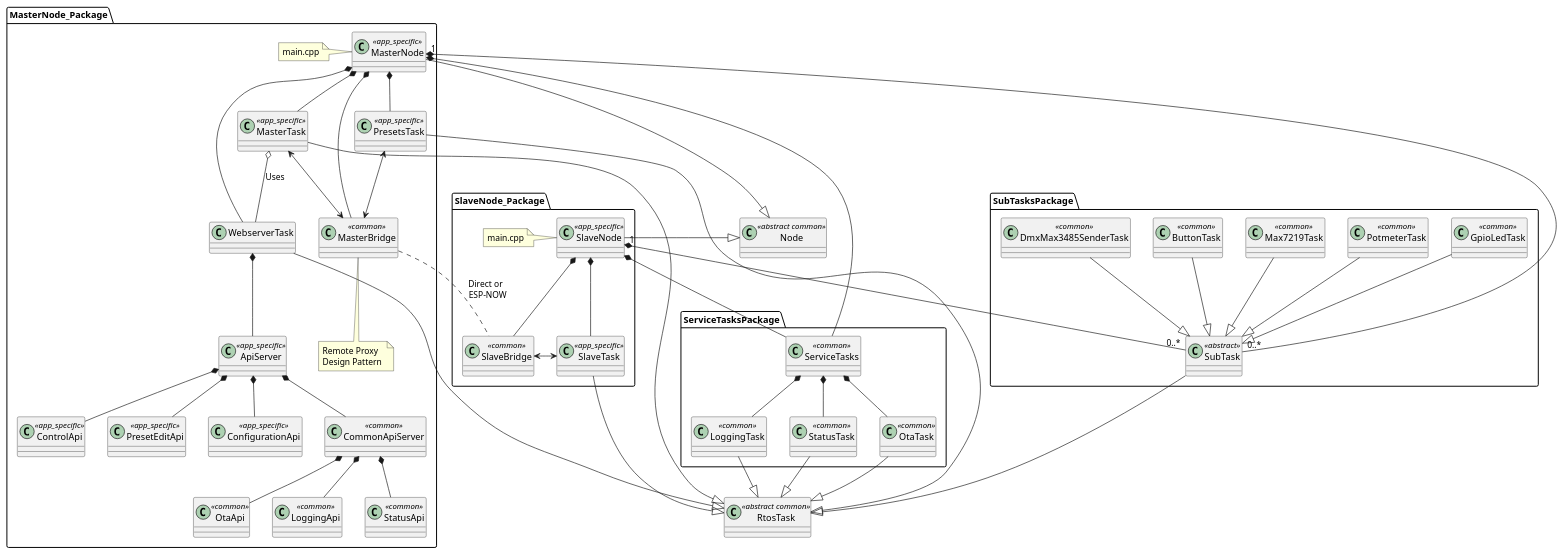
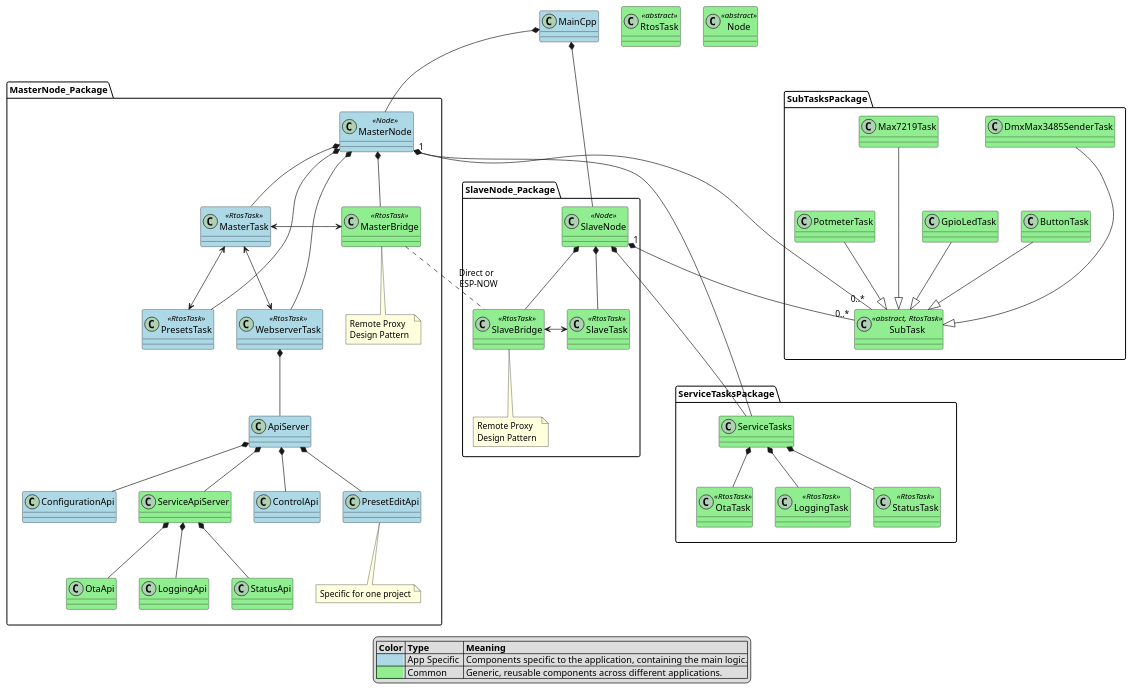
Before and after one commit to michelkeijzers/Esp32Framework2: the first of 2 diagrams in docs/design/overview.puml, drawn with PlantUML. The commit also changed 13 other files, not shown here.

Commit message:
Rtos tasks/dependency injuection

```diff
--- a/docs/design/overview.puml
+++ b/docs/design/overview.puml
@@ -1,125 +1,129 @@
 @startuml 
 
-class Node<<abstract common>> {}
-class RtosTask<<abstract common>> {}
+legend
+|= Color |= Type |= Meaning |
+|<back:lightblue>           | App Specific | Components specific to the application, containing the main logic.|
+|<back:lightgreen>           | Common       | Generic, reusable components across different applications.|
+endlegend
+
+class MainCpp #lightblue {}
+class RtosTask<<abstract>> #lightgreen {}
+class Node<<abstract>> #lightgreen {}
 
 'Master Node 
 package MasterNode_Package 
 {
-    class MasterNode <<app_specific>> {}
-    note left of MasterNode
-        main.cpp
-    end note
-
-    MasterNode -|> Node
-
-    class MasterBridge <<common>> {}
+    class MasterNode <<Node>> #lightblue {}
+    
+    class MasterBridge <<RtosTask>> #lightgreen {}
     MasterNode *-- MasterBridge
 
     note bottom of MasterBridge
         Remote Proxy
         Design Pattern 
     end note
 
-    class MasterTask <<app_specific>>{}
-    MasterTask --|> RtosTask
+    class MasterTask <<RtosTask>> #lightblue {}
 
     MasterNode *-- MasterTask
 
-    WebserverTask --|> RtosTask 
     MasterNode *-- WebserverTask
 
-    MasterTask o-- WebserverTask : Uses
+    class WebserverTask <<RtosTask>> #lightblue {}
+    MasterTask <--> WebserverTask
 
-    class PresetsTask <<app_specific>> {}
-    PresetsTask --|> RtosTask
+    class PresetsTask <<RtosTask>> #lightblue {}
     MasterNode *-- PresetsTask
-    PresetsTask <--> MasterBridge  
-
-    class ApiServer <<app_specific>> {}
+    MasterTask <--> PresetsTask
+    
+    class ApiServer #lightblue {}
     WebserverTask *-- ApiServer
 
-    class ControlApi <<app_specific>> {}
+    class ControlApi #lightblue {}
     ApiServer *-- ControlApi
-    class PresetEditApi <<app_specific>> {}
+    class PresetEditApi #lightblue {}
+    note bottom of PresetEditApi
+        Specific for one project
+    end note
     ApiServer *-- PresetEditApi
-    class ConfigurationApi <<app_specific>> {}
+    class ConfigurationApi #lightblue {}
     ApiServer *-- ConfigurationApi
 
-    class CommonApiServer <<common>> {}
-    ApiServer *-- CommonApiServer
-    class StatusApi <<common>> {}
-    CommonApiServer *-- StatusApi
-    class OtaApi <<common>> {}
-    CommonApiServer *-- OtaApi
-    class LoggingApi <<common>> {}
-    CommonApiServer *-- LoggingApi
-
+    class ServiceApiServer #lightgreen {}
+    ApiServer *-- ServiceApiServer
+    class StatusApi #lightgreen {}
+    ServiceApiServer *-- StatusApi
+    class OtaApi #lightgreen {}
+    ServiceApiServer *-- OtaApi
+    class LoggingApi #lightgreen {}
+    ServiceApiServer *-- LoggingApi
 }
 
+MainCpp *-- MasterNode
 
 'Slave Node
 package SlaveNode_Package
 {
-    class SlaveNode <<app_specific>> {}
-    note left of SlaveNode
-        main.cpp
+    class SlaveBridge <<RtosTask>> #lightgreen {}
+    note bottom of SlaveBridge
+        Remote Proxy
+        Design Pattern 
     end note
 
-    SlaveNode -|> Node
-    class SlaveBridge <<common>> {}
+    class SlaveNode <<Node>> #lightgreen {}
+
     SlaveNode *-- SlaveBridge
 
     ' Slave Task
-    class SlaveTask <<app_specific>>{}
-    SlaveTask --|> RtosTask
+    class SlaveTask <<RtosTask>> #lightgreen {}
     SlaveNode *-- SlaveTask
 }
+
+MainCpp *-- SlaveNode
 
 MasterBridge .. SlaveBridge : Direct or \n ESP-NOW
 
 package ServiceTasksPackage 
 {
-    class ServiceTasks <<common>> {}
+    class ServiceTasks #lightgreen {}
     
-    class LoggingTask <<common>> {}
-    LoggingTask --|> RtosTask
-    class StatusTask <<common>> {}
-    StatusTask --|> RtosTask
-    class OtaTask <<common>> {}
-    OtaTask --|> RtosTask
+    class LoggingTask <<RtosTask>> #lightgreen {}
+    class StatusTask <<RtosTask>> #lightgreen {}
+    class OtaTask <<RtosTask>> #lightgreen {}
 
     ServiceTasks *-- LoggingTask
     ServiceTasks *-- StatusTask
     ServiceTasks *-- OtaTask
 }
 
 
 package SubTasksPackage
 {
-    class SubTask<<abstract>> {}
+    class SubTask<<abstract, RtosTask>> #lightgreen {}
 
-    SubTask --|> RtosTask
-    class ButtonTask <<common>> {}
-    class GpioLedTask <<common>> {}
-    class Max7219Task <<common>> {}
-    class PotmeterTask <<common>> {}
-    class DmxMax3485SenderTask <<common>> {}
+    class ButtonTask #lightgreen {}
+    class GpioLedTask #lightgreen {}
+    class Max7219Task #lightgreen {}
+    class PotmeterTask #lightgreen {}
+    class DmxMax3485SenderTask #lightgreen {}
 
     ButtonTask --|> SubTask
     GpioLedTask --|> SubTask
-    Max7219Task --|> SubTask
+    Max7219Task ---|> SubTask
     PotmeterTask --|> SubTask
-    DmxMax3485SenderTask --|> SubTask
+    DmxMax3485SenderTask ---|> SubTask
 }
 
 MasterNode "1" *-- "0..*" SubTask
 SlaveNode  "1" *-- "0..*" SubTask
 MasterTask <-> MasterBridge
 
-MasterNode *-- ServiceTasks
-SlaveNode *-- ServiceTasks
+MasterNode *--- ServiceTasks
+SlaveNode *--- ServiceTasks
 SlaveTask <-> SlaveBridge
 
+'Layout
+
+MasterNode_Package -[hidden]-> ServiceTasksPackage
 
 @enduml
```
